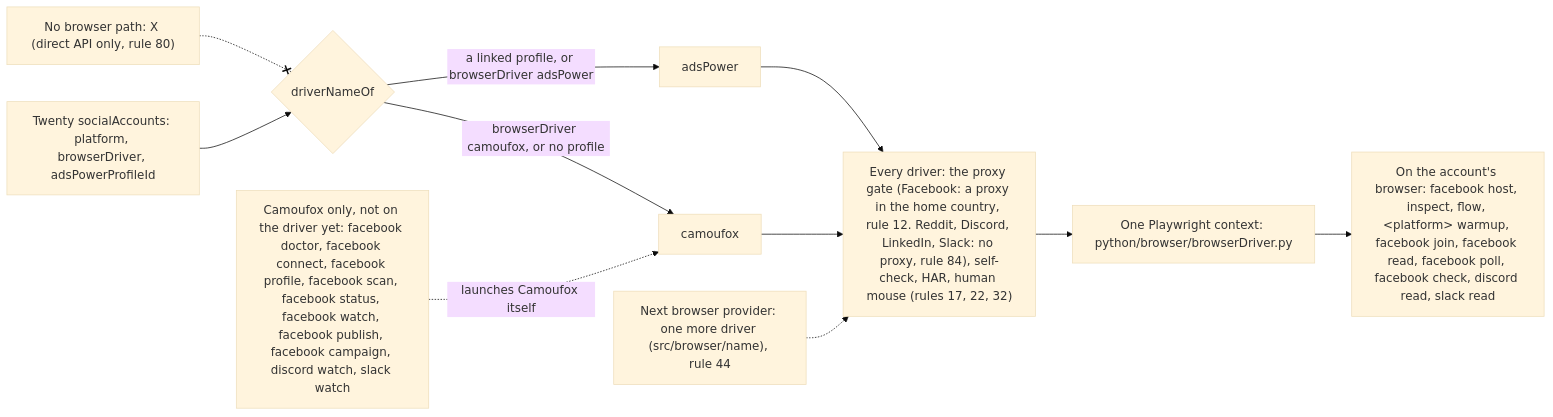
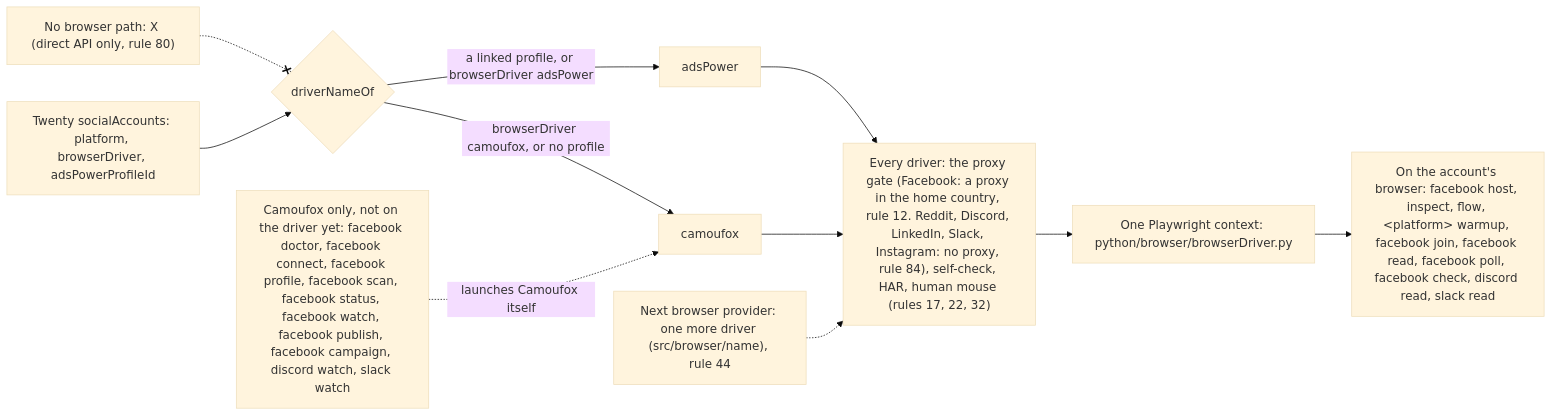
One commit to matthewdonsemail-lab/log changed the diagram in docs/diagrams/browsers.mmd. Above: the diagram before and after it, drawn with Mermaid (base theme). The commit also changed 120 other files, not shown here.

```diff
--- a/docs/diagrams/browsers.mmd
+++ b/docs/diagrams/browsers.mmd
@@ -1,19 +1,19 @@
 %% The browser layer. log-cli is browser-agnostic: each account's browser is a driver picked from Twenty, AdsPower first, and every driver opens through the same gates. Whether the gate needs a proxy is the platform's (`PLATFORM_SITES`). From `BROWSER_DRIVERS` (`src/browser/driver`) and `commandBrowser` (`src/browser/run`).
 %% Written by `bun run docs:build` from the code (rule 56). Not edited by hand.
 flowchart LR
   twenty["Twenty socialAccounts: platform, browserDriver, adsPowerProfileId"]
   pick{"driverNameOf"}
-  gates["Every driver: the proxy gate (Facebook: a proxy in the home country, rule 12. Reddit, Discord, LinkedIn, Slack: no proxy, rule 84), self-check, HAR, human mouse (rules 17, 22, 32)"]
+  gates["Every driver: the proxy gate (Facebook: a proxy in the home country, rule 12. Reddit, Discord, LinkedIn, Slack, Instagram: no proxy, rule 84), self-check, HAR, human mouse (rules 17, 22, 32)"]
   session["One Playwright context: python/browser/browserDriver.py"]
   twenty --> pick
   pick -->|"browserDriver camoufox, or no profile"| d_camoufox["camoufox"]
   pick -->|"a linked profile, or browserDriver adsPower"| d_adsPower["adsPower"]
   d_camoufox --> gates
   d_adsPower --> gates
   more["Next browser provider: one more driver (src/browser/name), rule 44"] -.-> gates
   gates --> session
   account["On the account's browser: facebook host, inspect, flow, #lt;platform#gt; warmup, facebook join, facebook read, facebook poll, facebook check, discord read, slack read"]
   camoufox["Camoufox only, not on the driver yet: facebook doctor, facebook connect, facebook profile, facebook scan, facebook status, facebook watch, facebook publish, facebook campaign, discord watch, slack watch"]
   session --> account
   camoufox -.->|"launches Camoufox itself"| d_camoufox
   nobrowser["No browser path: X (direct API only, rule 80)"] -.-x pick
```
